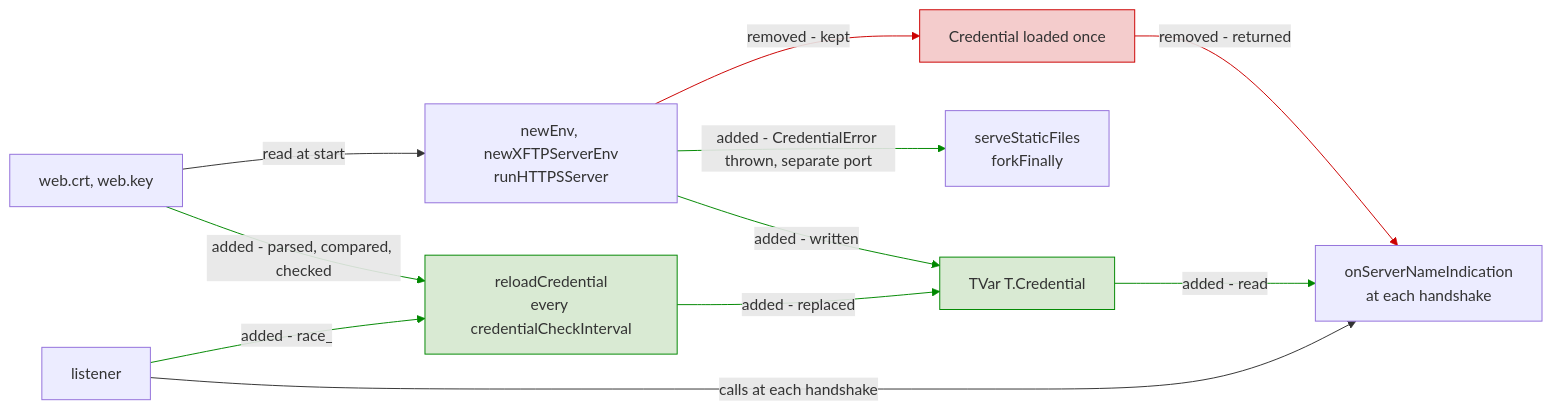
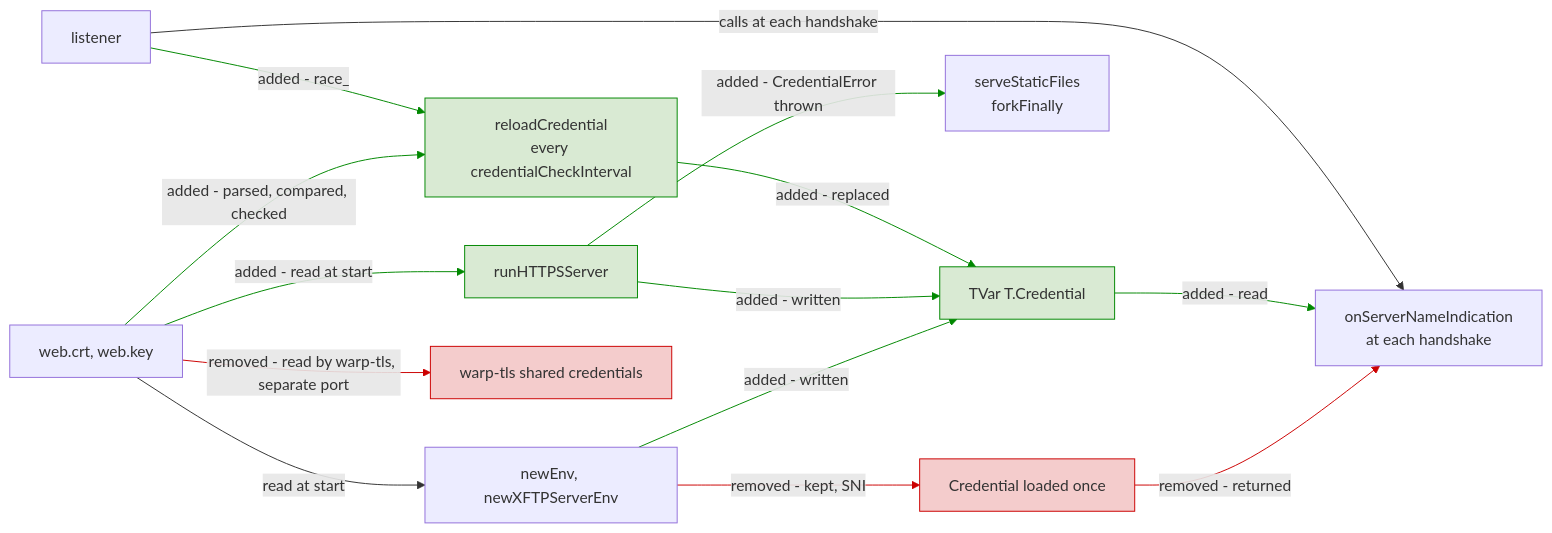
One commit to simplex-chat/simplexmq changed the second of 3 diagrams in plans/2026-11-17-reload-web-certificates.md. Above: the diagram before and after it, drawn with Mermaid. The commit also changed other lines of this file, not shown here.

````diff
--- a/plans/2026-11-17-reload-web-certificates.md
+++ b/plans/2026-11-17-reload-web-certificates.md
@@ -98,27 +109,32 @@
 ```mermaid
 flowchart LR
     F[web.crt, web.key]
-    E[newEnv, newXFTPServerEnv<br>runHTTPSServer]
+    E[newEnv, newXFTPServerEnv]
+    W[runHTTPSServer]
     V[TVar T.Credential]
     R[reloadCredential<br>every credentialCheckInterval]
     H[onServerNameIndication<br>at each handshake]
     L[listener]
     S[serveStaticFiles<br>forkFinally]
     C[Credential loaded once]
+    T[warp-tls shared credentials]
     F -- "read at start" --> E
+    F -- "added - read at start" --> W
     E -- "added - written" --> V
-    E -- "removed - kept" --> C
+    W -- "added - written" --> V
+    E -- "removed - kept, SNI" --> C
     C -- "removed - returned" --> H
+    F -- "removed - read by warp-tls, separate port" --> T
     F -- "added - parsed, compared, checked" --> R
     R -- "added - replaced" --> V
     V -- "added - read" --> H
     L -- "added - race_" --> R
     L -- "calls at each handshake" --> H
-    E -- "added - CredentialError thrown, separate port" --> S
+    W -- "added - CredentialError thrown" --> S
     classDef removed fill:#f4cccc,stroke:#cc0000
     classDef added fill:#d9ead3,stroke:#008800
-    class C removed
-    class V,R added
-    linkStyle 2,3 stroke:#cc0000
-    linkStyle 1,4,5,6,7,9 stroke:#008800
+    class C,T removed
+    class V,R,W added
+    linkStyle 4,5,6 stroke:#cc0000
+    linkStyle 1,2,3,7,8,9,10,12 stroke:#008800
 ```
````
